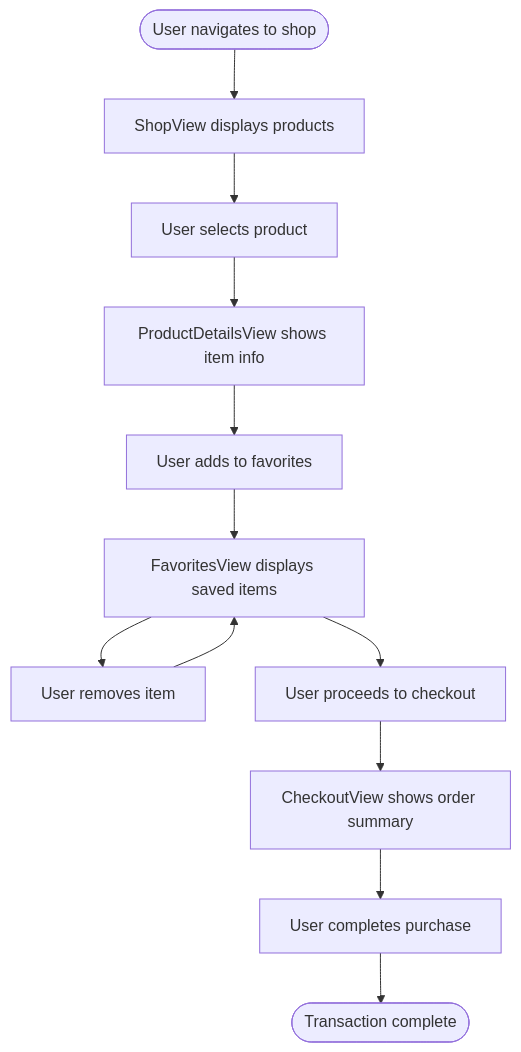
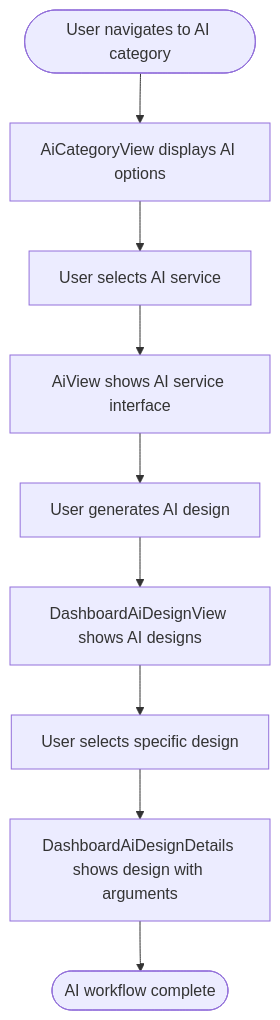
The fifth of 9 diagrams in .qoder/repowiki/en/content/Architecture Overview/Routing and Navigation.md (Ariful3111/FurniGo), drawn with Mermaid before and after one commit. The commit also changed other lines of this file and 67 other files, not shown here.

````diff
--- a/.qoder/repowiki/en/content/Architecture Overview/Routing and Navigation.md
+++ b/.qoder/repowiki/en/content/Architecture Overview/Routing and Navigation.md
@@ -259,14 +295,11 @@
 ```mermaid
 flowchart TD
-Start(["User navigates to shop"]) --> BrowseProducts["ShopView displays products"]
-BrowseProducts --> SelectProduct["User selects product"]
-SelectProduct --> ViewDetails["ProductDetailsView shows item info"]
-ViewDetails --> AddToFavorites["User adds to favorites"]
-AddToFavorites --> FavoritesView["FavoritesView displays saved items"]
-FavoritesView --> RemoveFromFavorites["User removes item"]
-RemoveFromFavorites --> FavoritesView
-FavoritesView --> ProceedToCheckout["User proceeds to checkout"]
-ProceedToCheckout --> CheckoutView["CheckoutView shows order summary"]
-CheckoutView --> CompletePurchase["User completes purchase"]
-CompletePurchase --> End(["Transaction complete"])
+Start(["User navigates to AI category"]) --> BrowseCategories["AiCategoryView displays AI options"]
+BrowseCategories --> SelectCategory["User selects AI service"]
+SelectCategory --> ViewAIInterface["AiView shows AI service interface"]
+ViewAIInterface --> GenerateDesign["User generates AI design"]
+GenerateDesign --> ViewDashboard["DashboardAiDesignView shows AI designs"]
+ViewDashboard --> SelectDesign["User selects specific design"]
+SelectDesign --> ViewDesignDetails["DashboardAiDesignDetails shows design with arguments"]
+ViewDesignDetails --> End(["AI workflow complete"])
 ```
````
